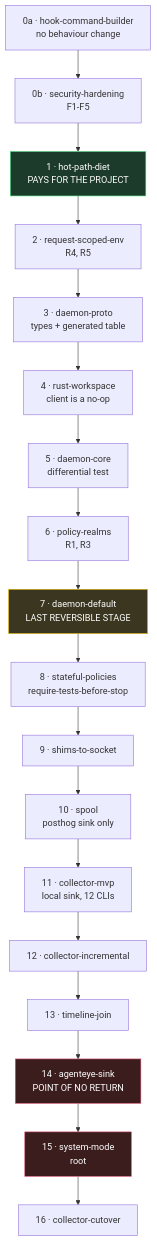
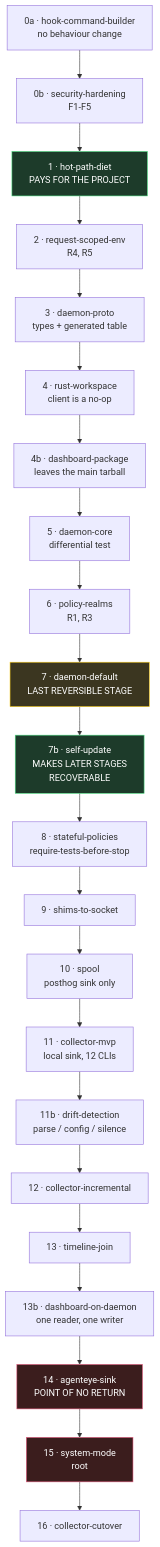
One commit to FailproofAI/failproofai changed the eighth of 8 diagrams in docs/superpowers/specs/2026-07-27-failproofaid-daemon-design.md. Above: the diagram before and after it, drawn with Mermaid. The commit also changed other lines of this file, not shown here.

First line of the commit message:
docs(design): dashboard re-architecture in scope; add the update system

````diff
--- a/docs/superpowers/specs/2026-07-27-failproofaid-daemon-design.md
+++ b/docs/superpowers/specs/2026-07-27-failproofaid-daemon-design.md
@@ -581,25 +783,30 @@
 ```mermaid
 flowchart TB
     S0a["0a · hook-command-builder<br/>no behaviour change"] --> S0b["0b · security-hardening<br/>F1-F5"]
     S0b --> S1["1 · hot-path-diet<br/>PAYS FOR THE PROJECT"]
     S1 --> S2["2 · request-scoped-env<br/>R4, R5"]
     S2 --> S3["3 · daemon-proto<br/>types + generated table"]
     S3 --> S4["4 · rust-workspace<br/>client is a no-op"]
-    S4 --> S5["5 · daemon-core<br/>differential test"]
+    S4 --> S4b["4b · dashboard-package<br/>leaves the main tarball"]
+    S4b --> S5["5 · daemon-core<br/>differential test"]
     S5 --> S6["6 · policy-realms<br/>R1, R3"]
     S6 --> S7["7 · daemon-default<br/>LAST REVERSIBLE STAGE"]
-    S7 --> S8["8 · stateful-policies<br/>require-tests-before-stop"]
+    S7 --> S7b["7b · self-update<br/>MAKES LATER STAGES<br/>RECOVERABLE"]
+    S7b --> S8["8 · stateful-policies<br/>require-tests-before-stop"]
     S8 --> S9["9 · shims-to-socket"]
     S9 --> S10["10 · spool<br/>posthog sink only"]
     S10 --> S11["11 · collector-mvp<br/>local sink, 12 CLIs"]
-    S11 --> S12["12 · collector-incremental"]
+    S11 --> S11b["11b · drift-detection<br/>parse / config / silence"]
+    S11b --> S12["12 · collector-incremental"]
     S12 --> S13["13 · timeline-join"]
-    S13 --> S14["14 · agenteye-sink<br/>POINT OF NO RETURN"]
+    S13 --> S13b["13b · dashboard-on-daemon<br/>one reader, one writer"]
+    S13b --> S14["14 · agenteye-sink<br/>POINT OF NO RETURN"]
     S14 --> S15["15 · system-mode<br/>root"]
     S15 --> S16["16 · collector-cutover"]
 
     style S1 fill:#1d3b2a,stroke:#4ade80,color:#fff
     style S7 fill:#3b3620,stroke:#facc15,color:#fff
+    style S7b fill:#1d3b2a,stroke:#4ade80,color:#fff
     style S14 fill:#3b1d1d,stroke:#e4587c,color:#fff
     style S15 fill:#3b1d1d,stroke:#e4587c,color:#fff
 ```
````
